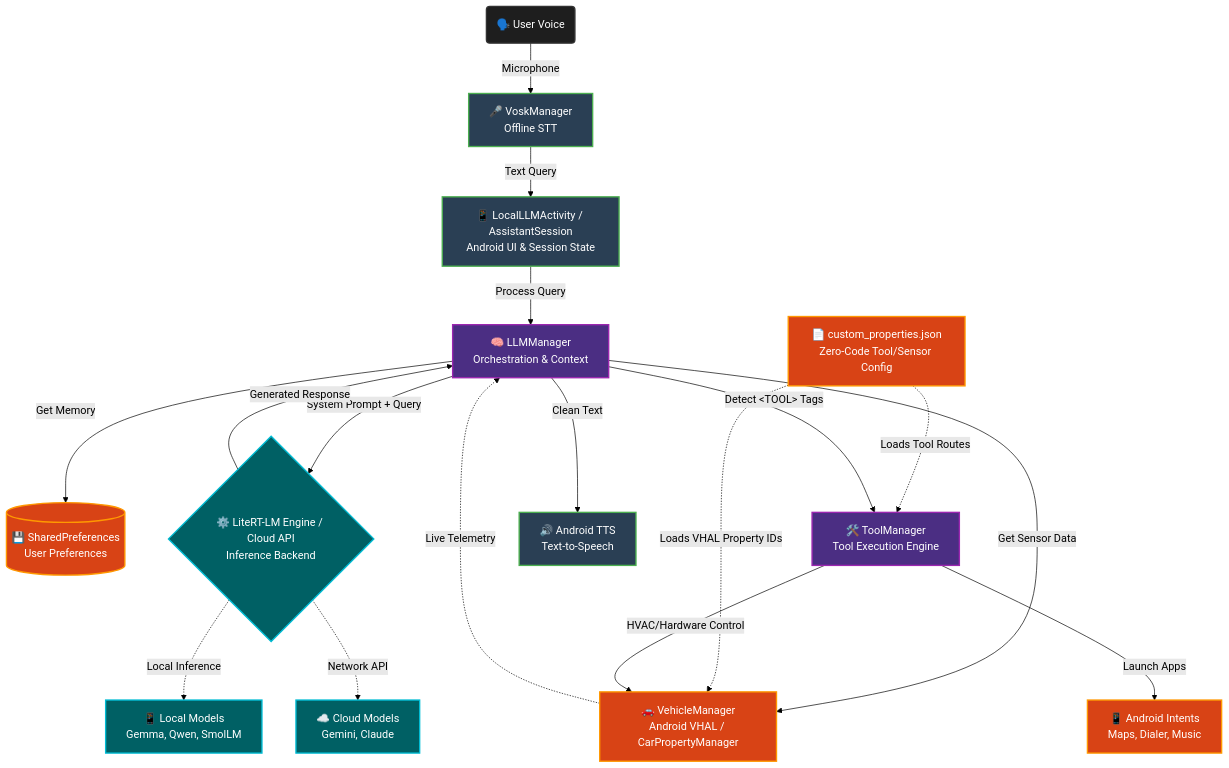
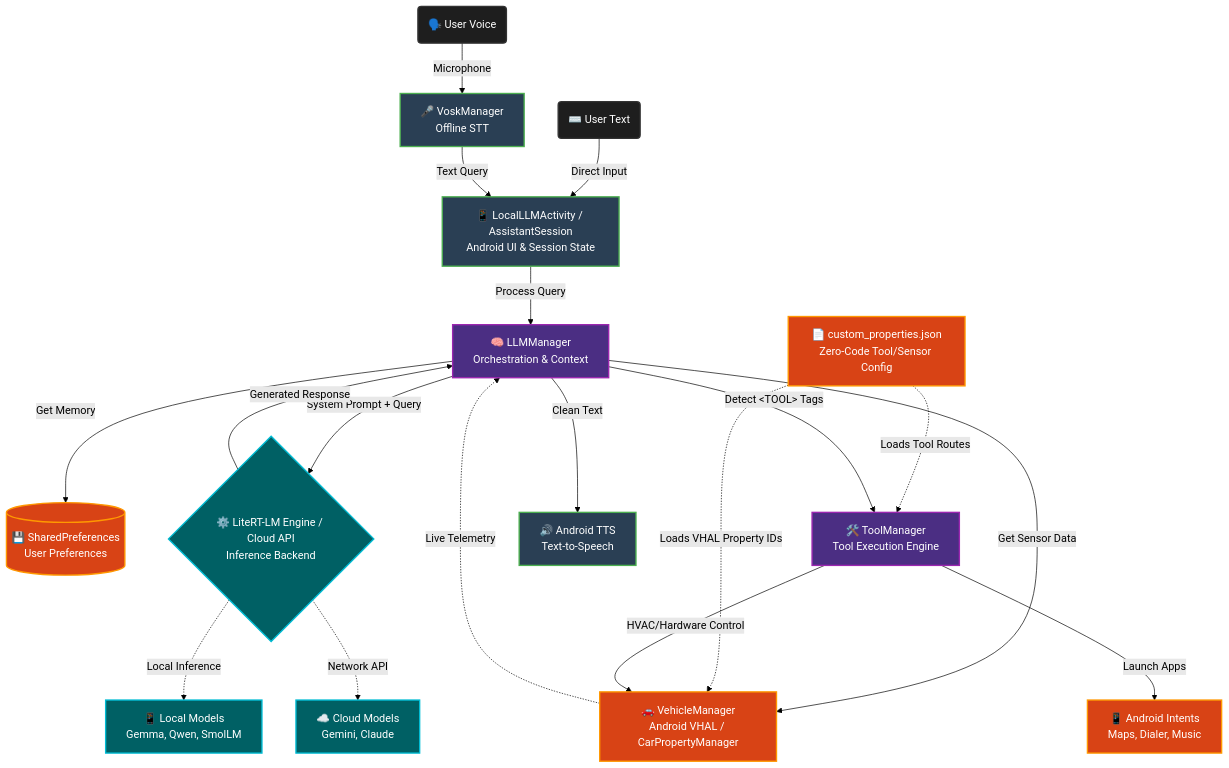
The first of 2 diagrams in ARCHITECTURE.md (hemangpandhi/ai-assistant), drawn with Mermaid (forest theme) before and after one commit. The commit also changed other lines of this file, not shown here.

Commit message:
docs: Ensure 100% completeness in Mermaid diagrams

````diff
--- a/ARCHITECTURE.md
+++ b/ARCHITECTURE.md
@@ -11,45 +11,46 @@
 ```mermaid
 graph TD
     %% Styling
     classDef default fill:#1E1E1E,stroke:#333,stroke-width:2px,color:#FFF;
     classDef ui fill:#2A3F54,stroke:#4CAF50,stroke-width:2px,color:#FFF;
     classDef logic fill:#4B2E83,stroke:#9C27B0,stroke-width:2px,color:#FFF;
     classDef hardware fill:#D84315,stroke:#FF9800,stroke-width:2px,color:#FFF;
     classDef model fill:#006064,stroke:#00BCD4,stroke-width:2px,color:#FFF;
 
     %% User Inputs
     UserVoice(🗣️ User Voice) --> |Microphone| STT[🎤 VoskManager<br>Offline STT]:::ui
+    UserText(⌨️ User Text) --> |Direct Input| UI
     
     %% Core UI
     STT --> |Text Query| UI[📱 LocalLLMActivity / AssistantSession<br>Android UI & Session State]:::ui
     
     %% Session Manager
     UI --> |Process Query| SM[🧠 LLMManager<br>Orchestration & Context]:::logic
     
     %% Context Providers
     SM --> |Get Sensor Data| VM[🚗 VehicleManager<br>Android VHAL / CarPropertyManager]:::hardware
     VM -.-> |Live Telemetry| SM
     SM --> |Get Memory| Prefs[(💾 SharedPreferences<br>User Preferences)]:::hardware
     
     %% Dynamic Configuration
     JSON[📄 custom_properties.json<br>Zero-Code Tool/Sensor Config]:::hardware -.-> |Loads Tool Routes| TM
     JSON -.-> |Loads VHAL Property IDs| VM
 
     %% Inference Engine
     SM --> |System Prompt + Query| Engine{⚙️ LiteRT-LM Engine / Cloud API<br>Inference Backend}:::model
     
     %% Models
     Engine -.-> |Local Inference| LocalModel[📱 Local Models<br>Gemma, Qwen, SmolLM]:::model
     Engine -.-> |Network API| CloudModel[☁️ Cloud Models<br>Gemini, Claude]:::model
 
     %% Output Loop
     Engine --> |Generated Response| SM
     
     %% Execution & TTS
     SM --> |Detect &lt;TOOL&gt; Tags| TM[🛠️ ToolManager<br>Tool Execution Engine]:::logic
     SM --> |Clean Text| TTS[🔊 Android TTS<br>Text-to-Speech]:::ui
 
     %% Tool Actions
     TM --> |HVAC/Hardware Control| VM
     TM --> |Launch Apps| Intents[📱 Android Intents<br>Maps, Dialer, Music]:::hardware
 ```
````
